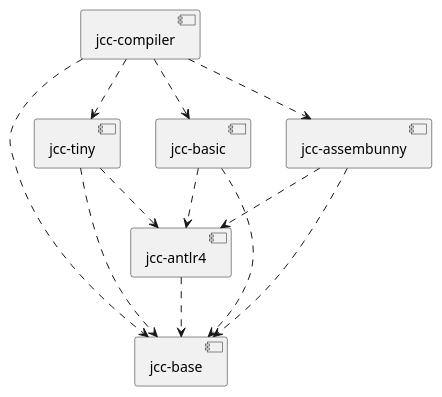
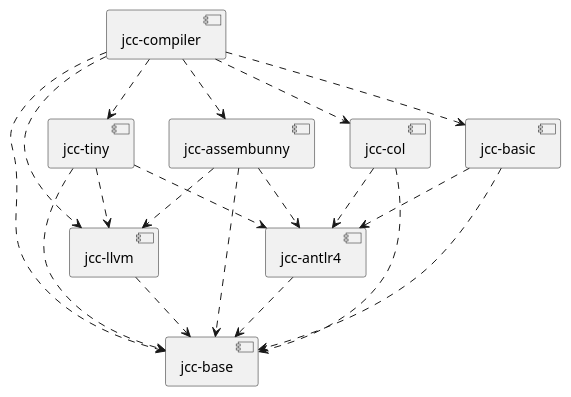
The diagram in docs/diagrams/Modules.puml (dykstrom/jcc), drawn with PlantUML before and after one commit. The commit also changed 147 other files, not shown here.

```diff
--- a/docs/diagrams/Modules.puml
+++ b/docs/diagrams/Modules.puml
@@ -1,22 +1,31 @@
 @startuml
 
-[jcc-base] as base
 [jcc-antlr4] as antlr4
 [jcc-assembunny] as assembunny
+[jcc-base] as base
 [jcc-basic] as basic
+[jcc-col] as col
+[jcc-compiler] as compiler
+[jcc-llvm] as llvm
 [jcc-tiny] as tiny
-[jcc-compiler] as compiler
 
+antlr4 <.u. assembunny
+antlr4 <.u. basic
+antlr4 <.u. col
+antlr4 <.u. tiny
+assembunny <.u. compiler
 base <.u. antlr4
 base <.u. assembunny
 base <.u. basic
+base <.u. col
+base <.u. compiler
+base <.u. llvm
 base <.u. tiny
-base <.u. compiler
-antlr4 <.u. assembunny
-antlr4 <.u. basic
-antlr4 <.u. tiny
-assembunny <.u. compiler
 basic <.u. compiler
+col <.u. compiler
+llvm <.u. assembunny
+llvm <.u. compiler
+llvm <.u. tiny
 tiny <.u. compiler
 
 @enduml
```
